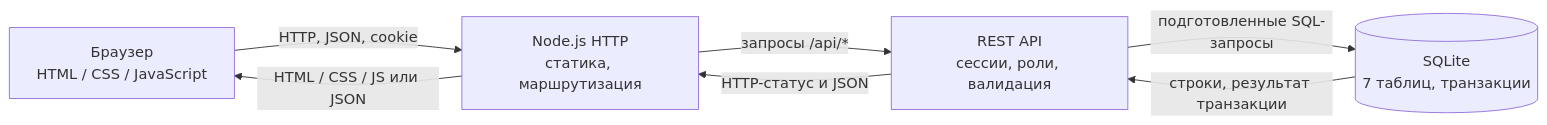
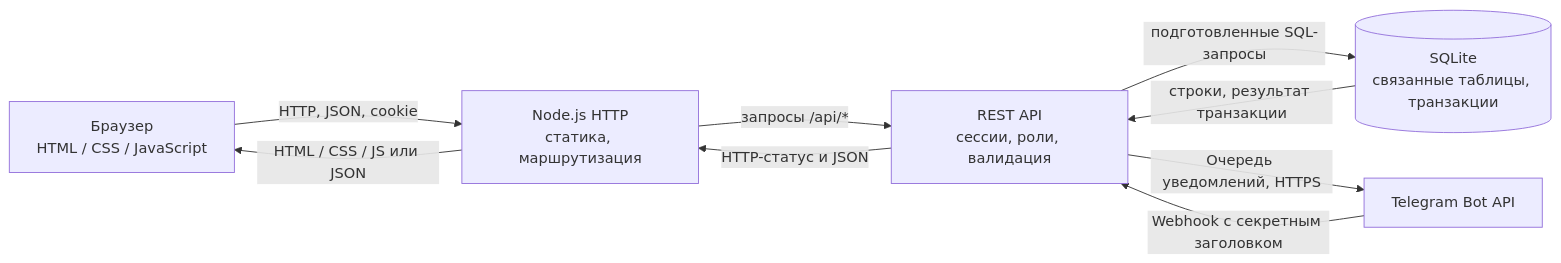
Before and after one commit to miktlt82/team-move-practice: the first of 3 diagrams in docs/architecture.md, drawn with Mermaid. The commit also changed other lines of this file and 49 other files, not shown here.

````diff
--- a/docs/architecture.md
+++ b/docs/architecture.md
@@ -21,13 +25,16 @@
 ```mermaid
 flowchart LR
     browser["Браузер<br/>HTML / CSS / JavaScript"]
     web["Node.js HTTP<br/>статика, маршрутизация"]
     api["REST API<br/>сессии, роли, валидация"]
-    db[("SQLite<br/>7 таблиц, транзакции")]
+    db[("SQLite<br/>связанные таблицы, транзакции")]
+    telegram["Telegram Bot API"]
     browser -->|"HTTP, JSON, cookie"| web
     web -->|"запросы /api/*"| api
     api -->|"подготовленные SQL-запросы"| db
     db -->|"строки, результат транзакции"| api
     api -->|"HTTP-статус и JSON"| web
     web -->|"HTML / CSS / JS или JSON"| browser
+    telegram -->|"Webhook с секретным заголовком"| api
+    api -->|"Очередь уведомлений, HTTPS"| telegram
 ```
````
